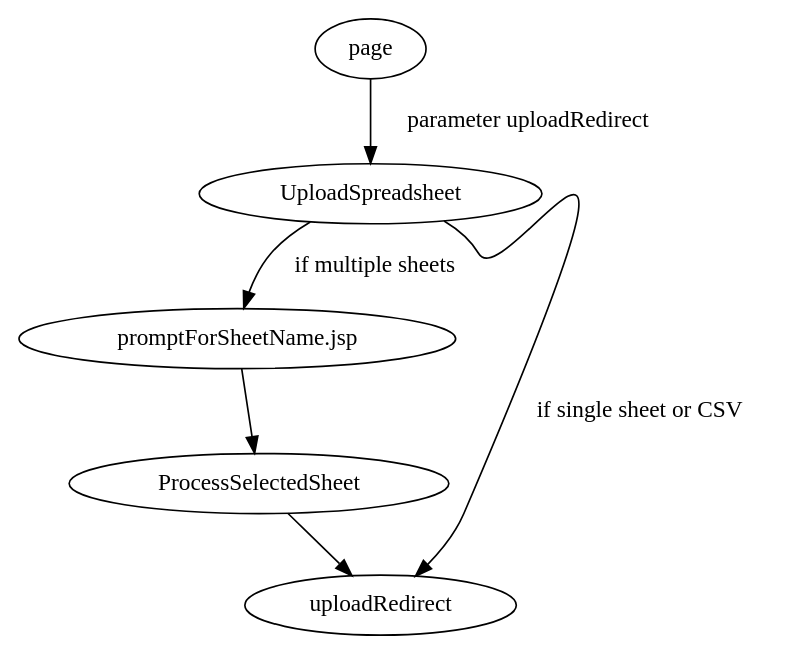
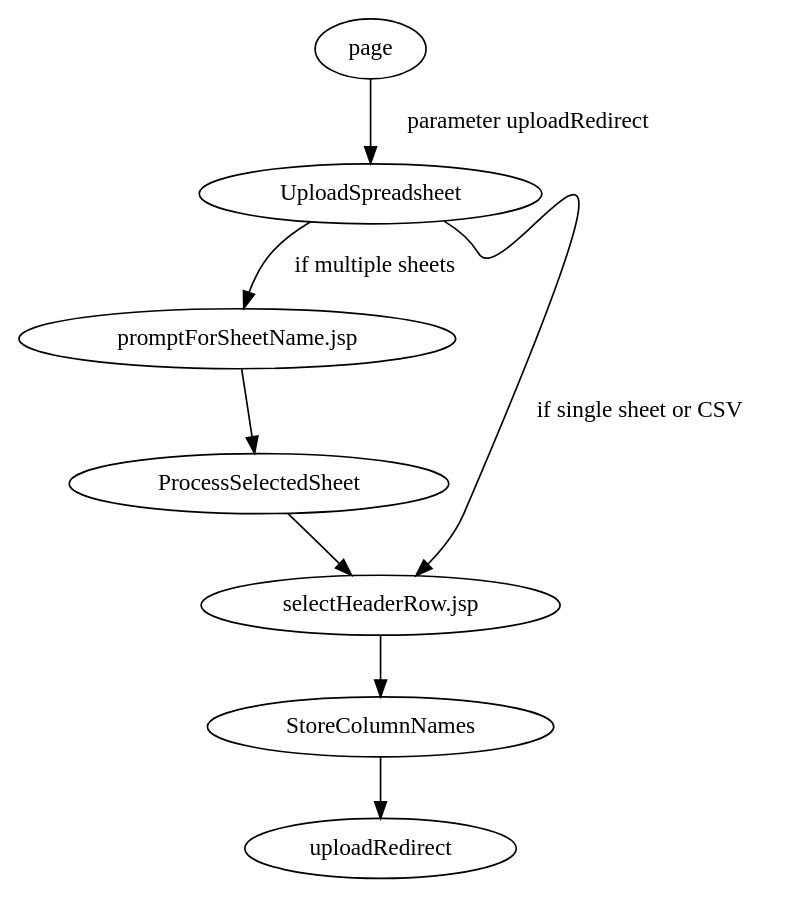
Before and after one commit to jpschewe/fll-sw: the diagram in src/main/documentation/workflows/upload-spreadsheet.dot, drawn with Graphviz. The commit also changed 5 other files, not shown here.

First line of the commit message:
WIP: Start work to allow the user to select the header row in a spreadsheet

```diff
--- a/src/main/documentation/workflows/upload-spreadsheet.dot
+++ b/src/main/documentation/workflows/upload-spreadsheet.dot
@@ -1,13 +1,17 @@
 digraph UploadSpreadsheet {
 
 page -> UploadSpreadsheet [label="parameter uploadRedirect"];
 
 UploadSpreadsheet -> "promptForSheetName.jsp" [label="if multiple sheets"];
 
-UploadSpreadsheet -> uploadRedirect [label="if single sheet or CSV"];
+UploadSpreadsheet -> "selectHeaderRow.jsp" [label="if single sheet or CSV"];
 
 "promptForSheetName.jsp" -> ProcessSelectedSheet;
 
-ProcessSelectedSheet -> uploadRedirect;
+ProcessSelectedSheet -> "selectHeaderRow.jsp";
+
+"selectHeaderRow.jsp" -> StoreColumnNames;
+
+StoreColumnNames -> uploadRedirect;
 
 }
```
